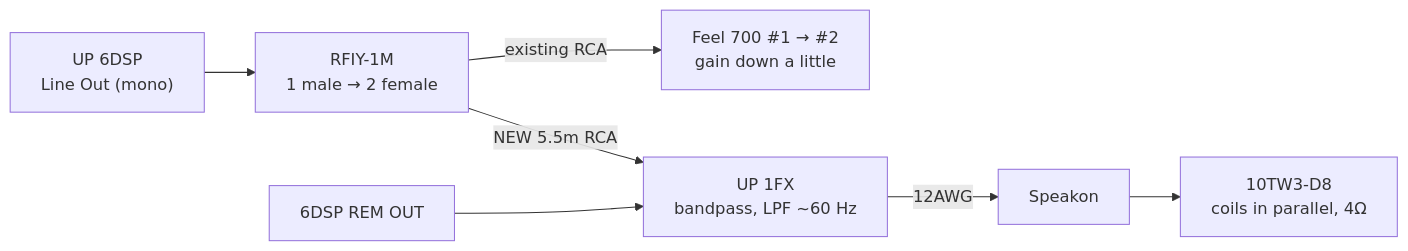
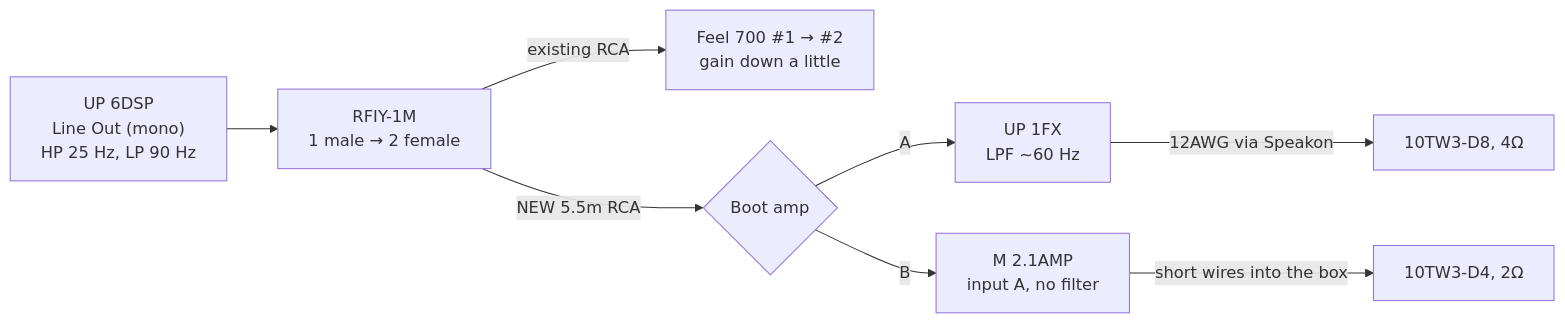
One commit to badsyntax/jimny-sound changed the third of 3 diagrams in SUB-UPGRADE.md. Above: the diagram before and after it, drawn with Mermaid. The commit also changed other lines of this file and 2 other files, not shown here.

First line of the commit message:
Boot sub plan: add M 2.1AMP on-the-box option alongside UP 1FX

````diff
--- a/SUB-UPGRADE.md
+++ b/SUB-UPGRADE.md
@@ -227,8 +299,8 @@
 ```mermaid
 flowchart LR
-    DSP["UP 6DSP<br/>Line Out (mono)"] --> Y["RFIY-1M<br/>1 male → 2 female"]
+    DSP["UP 6DSP<br/>Line Out (mono)<br/>HP 25 Hz, LP 90 Hz"] --> Y["RFIY-1M<br/>1 male → 2 female"]
     Y -->|"existing RCA"| F1["Feel 700 #1 → #2<br/>gain down a little"]
-    Y -->|"NEW 5.5m RCA"| FX["UP 1FX<br/>bandpass, LPF ~60 Hz"]
-    FX -->|"12AWG"| SP["Speakon"] --> SUB["10TW3-D8<br/>coils in parallel, 4Ω"]
-    REM["6DSP REM OUT"] --> FX
+    Y -->|"NEW 5.5m RCA"| X{"Boot amp"}
+    X -->|"A"| FX["UP 1FX<br/>LPF ~60 Hz"] -->|"12AWG via Speakon"| D8["10TW3-D8, 4Ω"]
+    X -->|"B"| M21["M 2.1AMP<br/>input A, no filter"] -->|"short wires into the box"| D4["10TW3-D4, 2Ω"]
 ```
````
